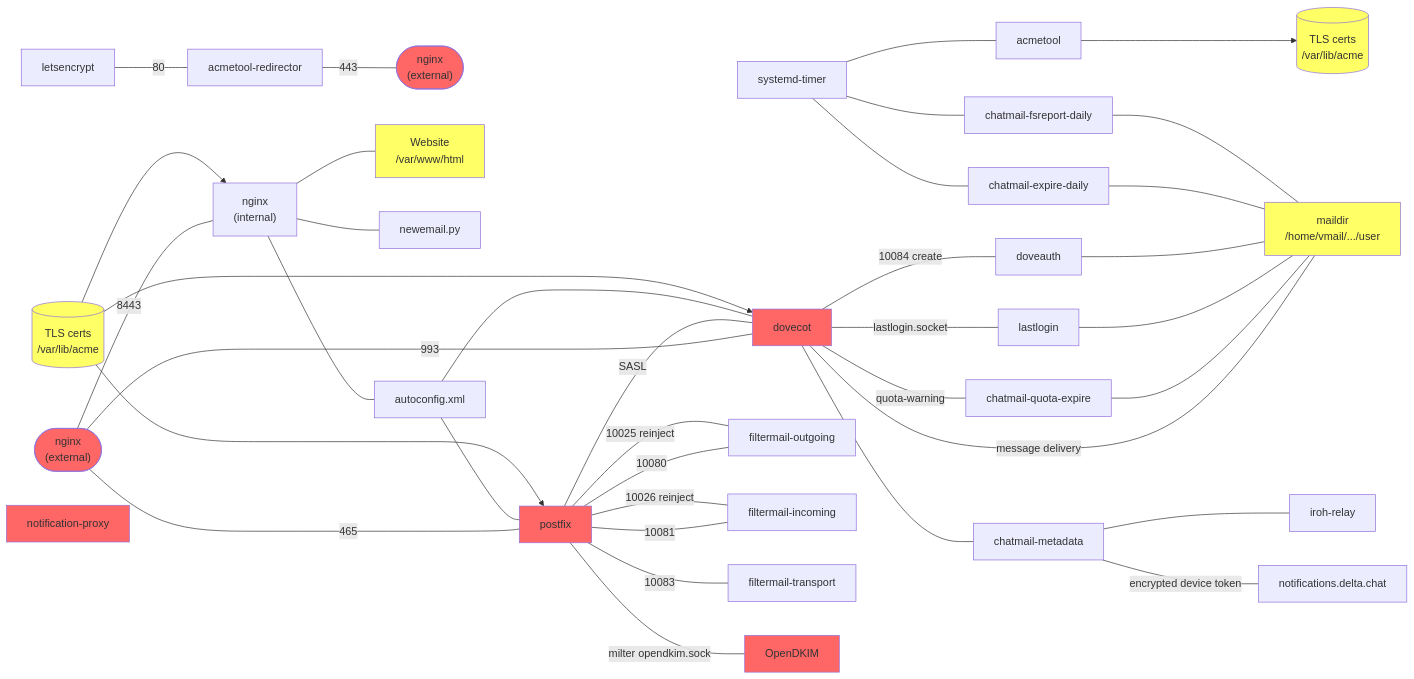
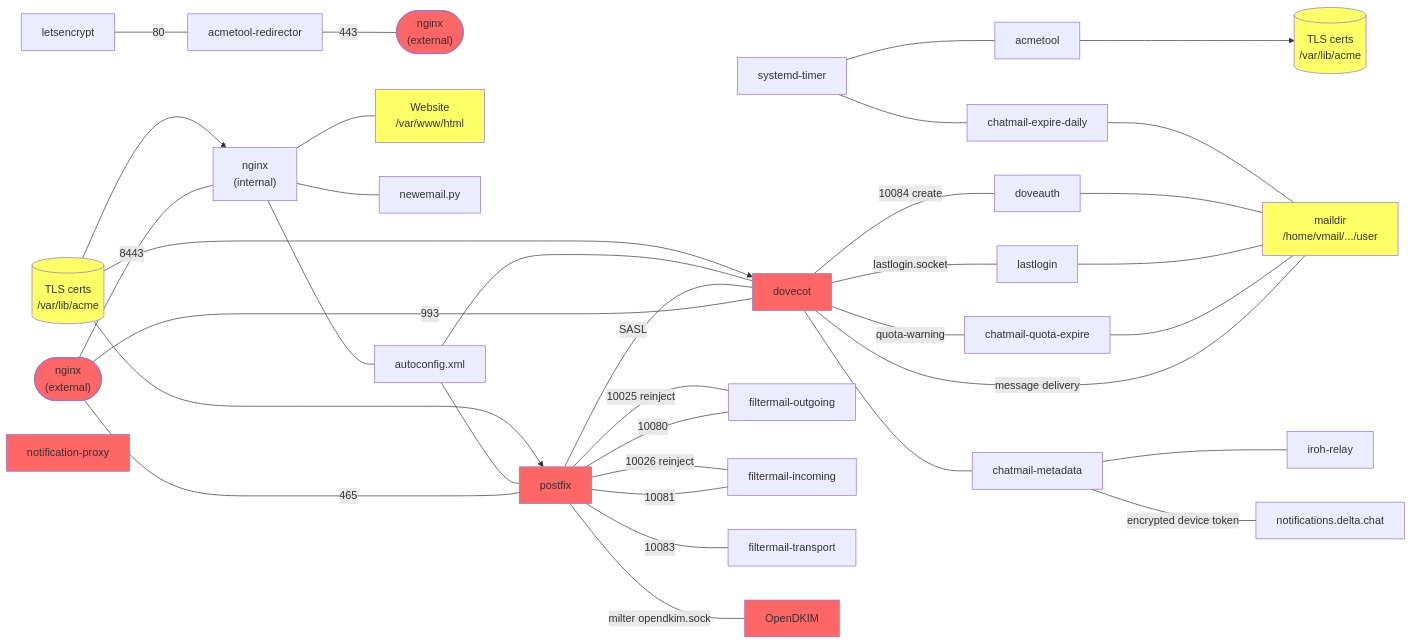
One commit to chatmail/relay changed the first of 2 diagrams in doc/source/overview.rst. Above: the diagram before and after it, drawn with Mermaid. The commit also changed other lines of this file and 9 other files, not shown here.

Commit message:
feat: chatmail-expire writes storage statistics with --prom, replacing the daily fsreport scan

```diff
--- a/doc/source/overview.rst
+++ b/doc/source/overview.rst
@@ -126,57 +128,55 @@
 .. mermaid::
    :caption: This diagram shows relay components and dependencies/communication paths.
 
     graph LR;
         letsencrypt --- |80|acmetool-redirector;
         acmetool-redirector --- |443|nginx-right(["`nginx
         (external)`"]);
         nginx-external --- |465|postfix;
         nginx-external(["`nginx
         (external)`"]) --- |8443|nginx-internal["`nginx
         (internal)`"];
         nginx-internal --- website["`Website
         /var/www/html`"];
         nginx-internal --- newemail.py;
         nginx-internal --- autoconfig.xml;
         certs-nginx[("`TLS certs
         /var/lib/acme`")] --> nginx-internal;
         systemd-timer --- acmetool;
         systemd-timer --- chatmail-expire-daily;
-        systemd-timer --- chatmail-fsreport-daily;
         acmetool --> certs[("`TLS certs
         /var/lib/acme`")];
         nginx-external --- |993|dovecot;
         postfix --- |SASL|dovecot;
         autoconfig.xml --- postfix;
         autoconfig.xml --- dovecot;
         postfix --- |10080|filtermail-outgoing;
         postfix --- |10081|filtermail-incoming;
         postfix --- |10083|filtermail-transport;
         filtermail-outgoing --- |10025 reinject|postfix;
         filtermail-incoming --- |10026 reinject|postfix;
         postfix --- |milter opendkim.sock|OpenDKIM
         dovecot --- |10084 create|doveauth;
         dovecot --- |message delivery|maildir["maildir
         /home/vmail/.../user"];
         dovecot --- |lastlogin.socket|lastlogin;
         dovecot --- chatmail-metadata;
         dovecot --- |quota-warning|chatmail-quota-expire;
         chatmail-quota-expire --- maildir;
         lastlogin --- maildir;
         doveauth --- maildir;
         chatmail-expire-daily --- maildir;
-        chatmail-fsreport-daily --- maildir;
         chatmail-metadata --- iroh-relay;
         chatmail-metadata --- |encrypted device token| notifications.delta.chat;
         certs-nginx --> postfix;
         certs-nginx --> dovecot;
         style certs fill:#ff6;
         style website fill:#ff6;
         style maildir fill:#ff6;
         style certs-nginx fill:#ff6;
         style nginx-external fill:#f66;
         style nginx-right fill:#f66;
         style postfix fill:#f66;
         style dovecot fill:#f66;
         style OpenDKIM fill:#f66;
         style notification-proxy fill:#f66;
```
